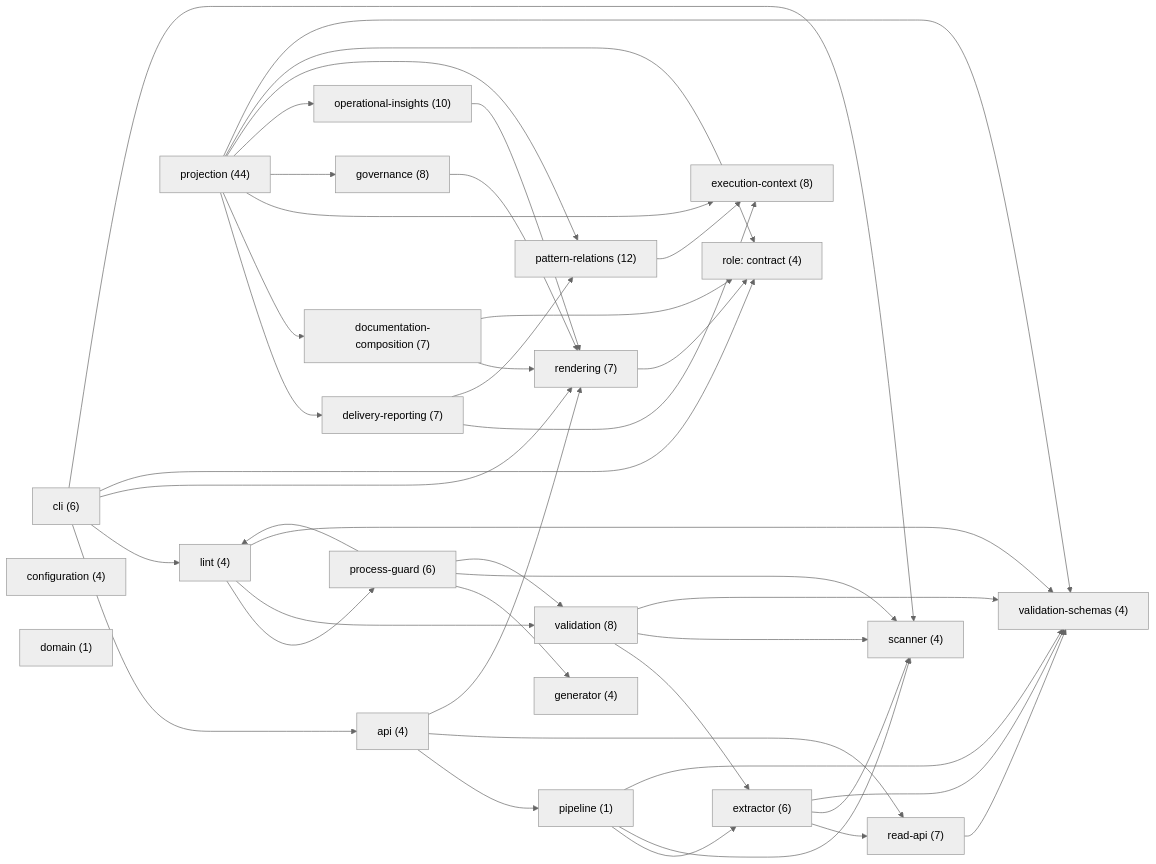
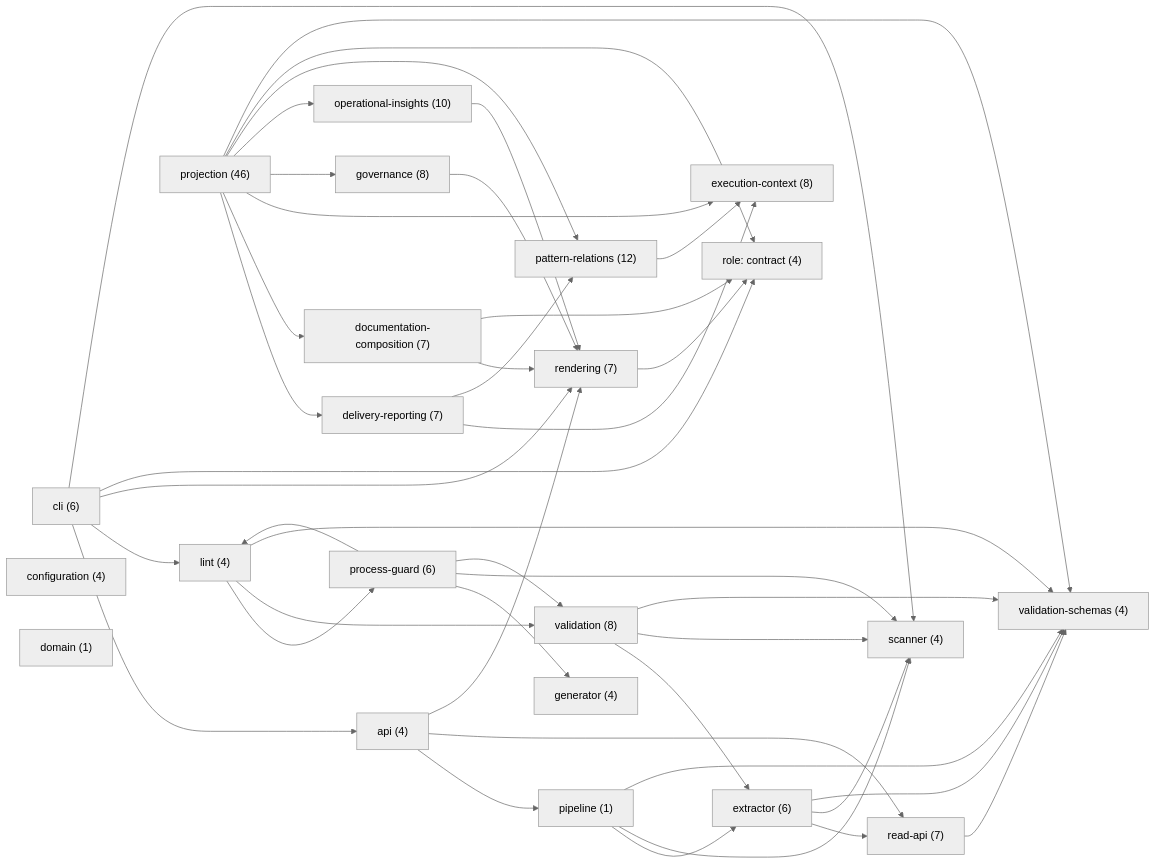
Before and after one commit to libar-dev/architect: the first of 23 diagrams in docs-live/ARCHITECTURE.md, drawn with Mermaid (neutral theme). The commit also changed other lines of this file and 42 other files, not shown here.

````diff
--- a/docs-live/ARCHITECTURE.md
+++ b/docs-live/ARCHITECTURE.md
@@ -23,66 +23,66 @@
 ```mermaid
 graph LR
   api["api (4)"]
   cli["cli (6)"]
   configuration["configuration (4)"]
   delivery_reporting["delivery-reporting (7)"]
   documentation_composition["documentation-composition (7)"]
   domain["domain (1)"]
   execution_context["execution-context (8)"]
   extractor["extractor (6)"]
   generator["generator (4)"]
   governance["governance (8)"]
   lint["lint (4)"]
   operational_insights["operational-insights (10)"]
   pattern_relations["pattern-relations (12)"]
   pipeline["pipeline (1)"]
   process_guard["process-guard (6)"]
-  projection["projection (44)"]
+  projection["projection (46)"]
   read_api["read-api (7)"]
   rendering["rendering (7)"]
   scanner["scanner (4)"]
   validation["validation (8)"]
   validation_schemas["validation-schemas (4)"]
   role_contract["role: contract (4)"]
   api --> pipeline
   api --> read_api
   api --> rendering
   cli --> api
   cli --> lint
   cli --> rendering
   cli --> role_contract
   cli --> scanner
   delivery_reporting --> execution_context
   delivery_reporting --> pattern_relations
   documentation_composition --> rendering
   documentation_composition --> role_contract
   extractor --> read_api
   extractor --> scanner
   extractor --> validation_schemas
   governance --> rendering
   lint --> process_guard
   lint --> validation
   lint --> validation_schemas
   operational_insights --> rendering
   pattern_relations --> execution_context
   pipeline --> extractor
   pipeline --> scanner
   pipeline --> validation_schemas
   process_guard --> generator
   process_guard --> lint
   process_guard --> scanner
   process_guard --> validation
   projection --> delivery_reporting
   projection --> documentation_composition
   projection --> execution_context
   projection --> governance
   projection --> operational_insights
   projection --> pattern_relations
   projection --> role_contract
   projection --> validation_schemas
   read_api --> validation_schemas
   rendering --> role_contract
   validation --> extractor
   validation --> scanner
   validation --> validation_schemas
 ```
````
